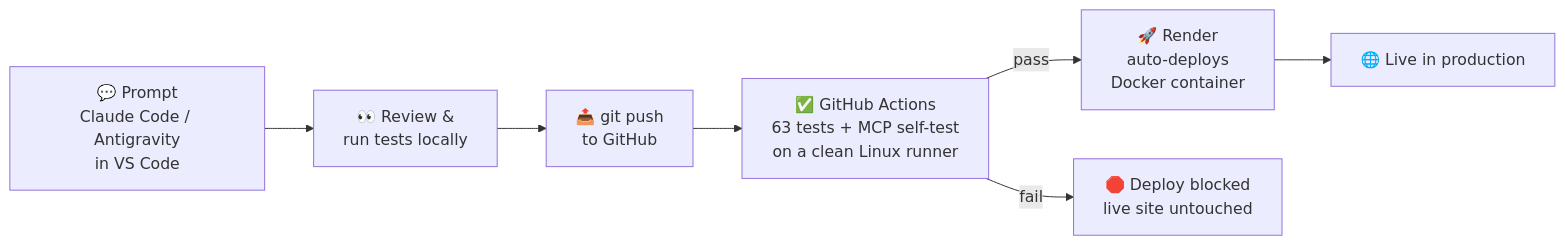
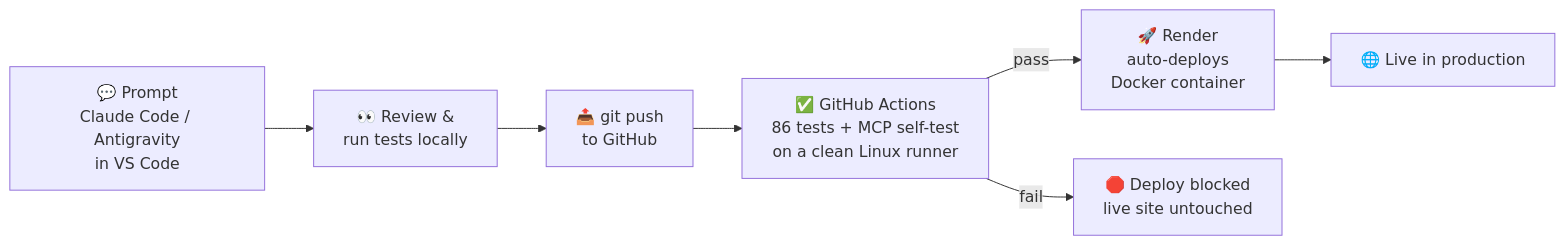
The diagram in README.md (BBSISK/BBSISK), drawn with Mermaid before and after one commit. The commit also changed other lines of this file, not shown here.

Commit message:
Update README with GitHub Actions test count and project details
Updated the number of tests in the GitHub Actions workflow and modified project description.

````diff
--- a/README.md
+++ b/README.md
@@ -15,9 +15,9 @@
 ```mermaid
 flowchart LR
     A["💬 Prompt<br/>Claude Code / Antigravity<br/>in VS Code"] --> B["👀 Review &<br/>run tests locally"]
     B --> C["📤 git push<br/>to GitHub"]
-    C --> D["✅ GitHub Actions<br/>63 tests + MCP self-test<br/>on a clean Linux runner"]
+    C --> D["✅ GitHub Actions<br/>86 tests + MCP self-test<br/>on a clean Linux runner"]
     D -- pass --> E["🚀 Render<br/>auto-deploys<br/>Docker container"]
     D -- fail --> F["🛑 Deploy blocked<br/>live site untouched"]
     E --> G["🌐 Live in production"]
 ```
````
